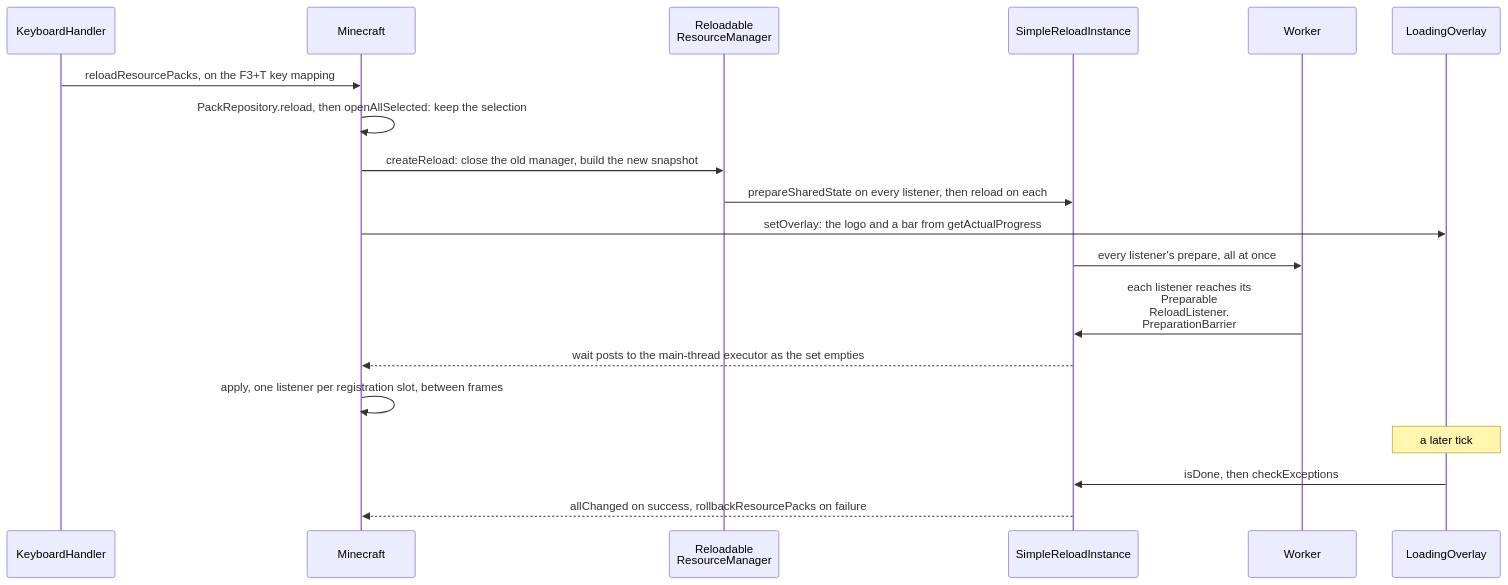
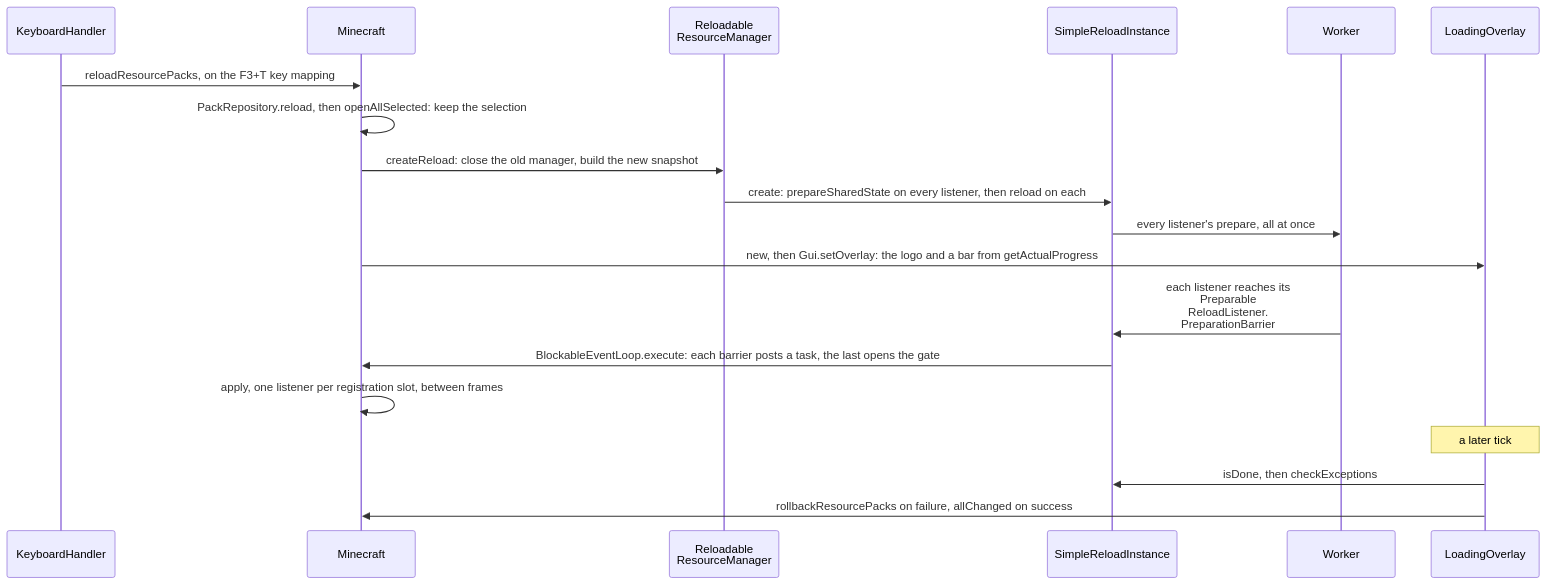
One commit to AlexanderjFraser/MinecraftDocs changed the third of 3 diagrams in src/systems/foundations/resource-system.md. Above: the diagram before and after it, drawn with Mermaid. The commit also changed other lines of this file and 31 other files, not shown here.

````diff
--- a/src/systems/foundations/resource-system.md
+++ b/src/systems/foundations/resource-system.md
@@ -325,22 +327,22 @@
 ```mermaid
 sequenceDiagram
     participant KH as KeyboardHandler
     participant MC as Minecraft
     participant RRM as Reloadable<br/>ResourceManager
     participant SRI as SimpleReloadInstance
     participant Worker as Worker
     participant LO as LoadingOverlay
 
     KH->>MC: reloadResourcePacks, on the F3+T key mapping
     MC->>MC: PackRepository.reload, then openAllSelected: keep the selection
     MC->>RRM: createReload: close the old manager, build the new snapshot
-    RRM->>SRI: prepareSharedState on every listener, then reload on each
-    MC->>LO: setOverlay: the logo and a bar from getActualProgress
+    RRM->>SRI: create: prepareSharedState on every listener, then reload on each
     SRI->>Worker: every listener's prepare, all at once
+    MC->>LO: new, then Gui.setOverlay: the logo and a bar from getActualProgress
     Worker->>SRI: each listener reaches its<br/>Preparable<br/>ReloadListener.<br/>PreparationBarrier
-    SRI-->>MC: wait posts to the main-thread executor as the set empties
+    SRI->>MC: BlockableEventLoop.execute: each barrier posts a task, the last opens the gate
     MC->>MC: apply, one listener per registration slot, between frames
     Note over LO: a later tick
     LO->>SRI: isDone, then checkExceptions
-    SRI-->>MC: allChanged on success, rollbackResourcePacks on failure
+    LO->>MC: rollbackResourcePacks on failure, allChanged on success
 ```
````
